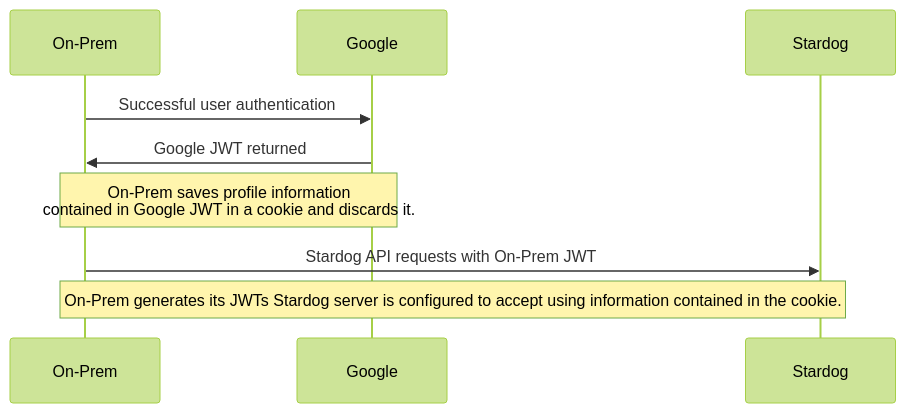
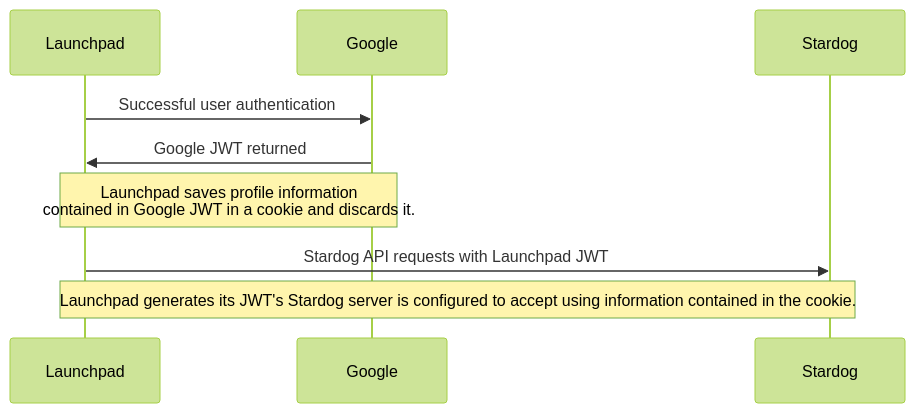
One commit to stardog-union/launchpad-docs changed the diagram in google/README.md. Above: the diagram before and after it, drawn with Mermaid (forest theme). The commit also changed other lines of this file and 12 other files, not shown here.

````diff
--- a/google/README.md
+++ b/google/README.md
@@ -18,8 +18,8 @@
 ```mermaid
 sequenceDiagram
-  On-Prem->>Google: Successful user authentication
-  Google->>On-Prem: Google JWT returned
-  Note over Google,On-Prem: On-Prem saves profile information <br> contained in Google JWT in a cookie and discards it.
-  On-Prem->>Stardog: Stardog API requests with On-Prem JWT
-  Note over On-Prem,Stardog: On-Prem generates its JWTs Stardog server is configured to accept using information contained in the cookie.
+  Launchpad->>Google: Successful user authentication
+  Google->>Launchpad: Google JWT returned
+  Note over Google,Launchpad: Launchpad saves profile information <br> contained in Google JWT in a cookie and discards it.
+  Launchpad->>Stardog: Stardog API requests with Launchpad JWT
+  Note over Launchpad,Stardog: Launchpad generates its JWT's Stardog server is configured to accept using information contained in the cookie.
 ```
````
